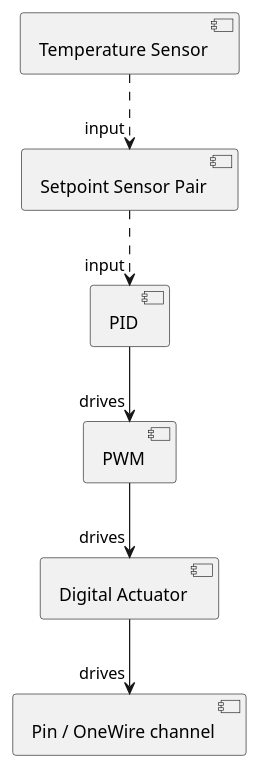
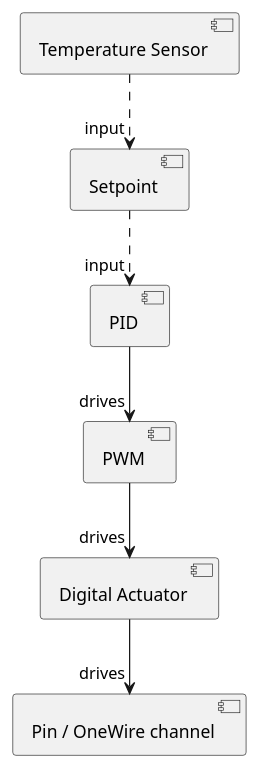
The diagram in docs/uml/basic_chain.puml (BrewBlox/brewblox-documentation), drawn with PlantUML before and after one commit. The commit also changed 5 other files, not shown here.

Commit message:
fix naming in plant uml

```diff
--- a/docs/uml/basic_chain.puml
+++ b/docs/uml/basic_chain.puml
@@ -1,16 +1,16 @@
 @startuml Basic control chain
 component Sensor as "Temperature Sensor"
-component SSP as "Setpoint Sensor Pair"
+component Setpoint
 component PID
 component PWM
 component Digital as "Digital Actuator"
 component Pin as "Pin / OneWire channel"
 
-Sensor .down.> "input" SSP
-SSP .down.> "input" PID
+Sensor .down.> "input" Setpoint
+Setpoint .down.> "input" PID
 PID -down-> "drives" PWM
 PWM -down-> "drives" Digital
 Digital -down-> "drives" Pin
 
 
 @enduml
```
